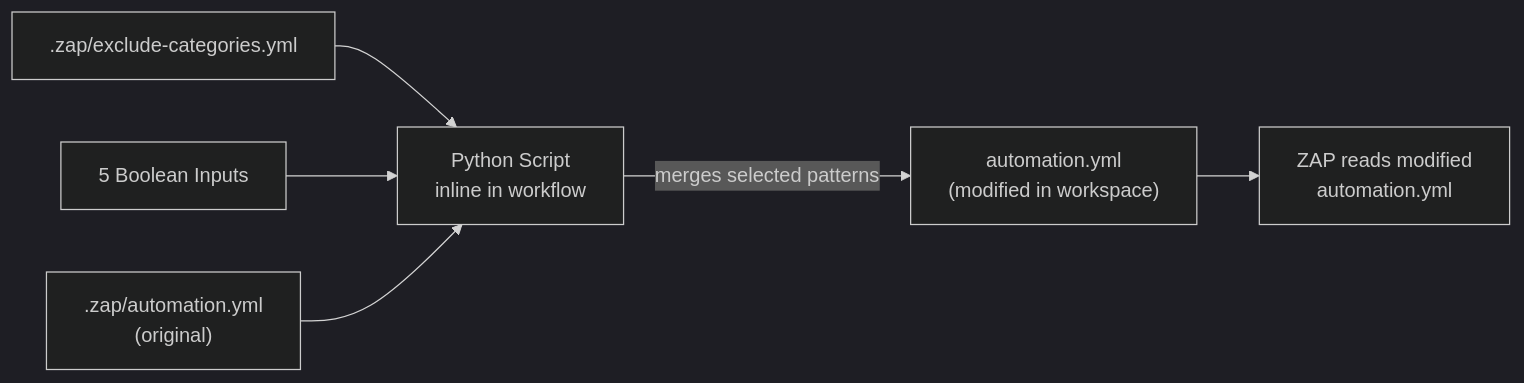
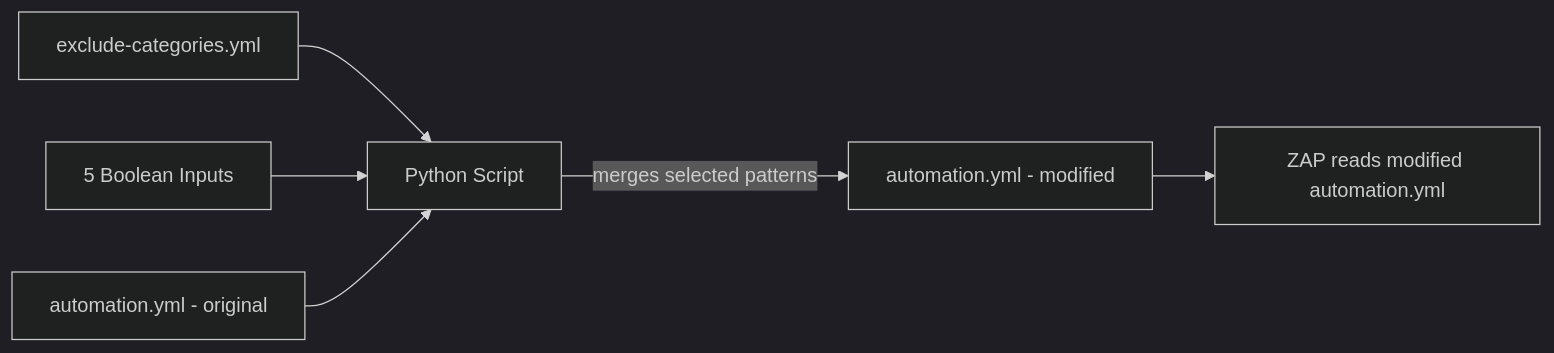
Before and after one commit to shubbbbyyyy/DASTSCANNER: the third of 3 diagrams in docs/01-github-actions-workflow.md, drawn with Mermaid (dark theme). The commit also changed other lines of this file and 6 other files, not shown here.

First line of the commit message:
Fix Mermaid rendering issues across all docs

````diff
--- a/docs/01-github-actions-workflow.md
+++ b/docs/01-github-actions-workflow.md
@@ -114,10 +114,10 @@
 ```mermaid
 flowchart LR
-    EXCLUDE_YML[".zap/exclude-categories.yml"] --> PYTHON[Python Script<br/>inline in workflow]
+    EXCLUDE_YML[exclude-categories.yml] --> PYTHON[Python Script]
     TOGGLES[5 Boolean Inputs] --> PYTHON
-    AUTOMATION[".zap/automation.yml<br/>(original)"] --> PYTHON
+    AUTOMATION[automation.yml - original] --> PYTHON
 
-    PYTHON -->|merges selected patterns| MODIFIED["automation.yml<br/>(modified in workspace)"]
+    PYTHON -->|merges selected patterns| MODIFIED[automation.yml - modified]
 
-    MODIFIED --> ZAP[ZAP reads modified<br/>automation.yml]
+    MODIFIED --> ZAP[ZAP reads modified automation.yml]
 ```
````
